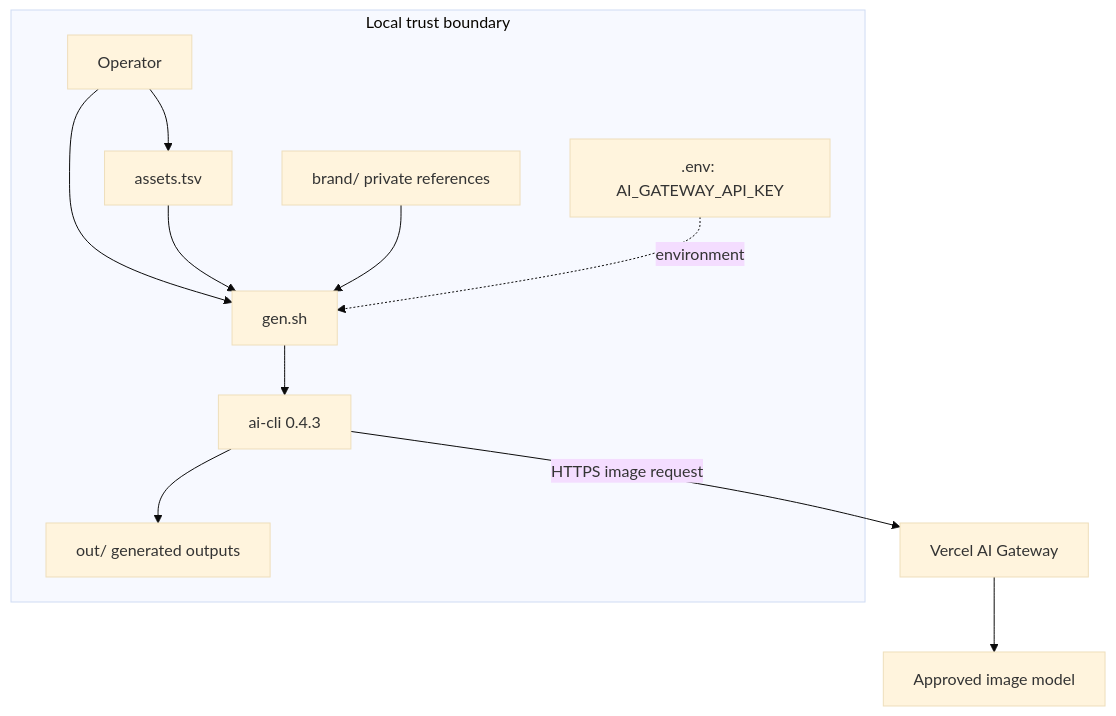
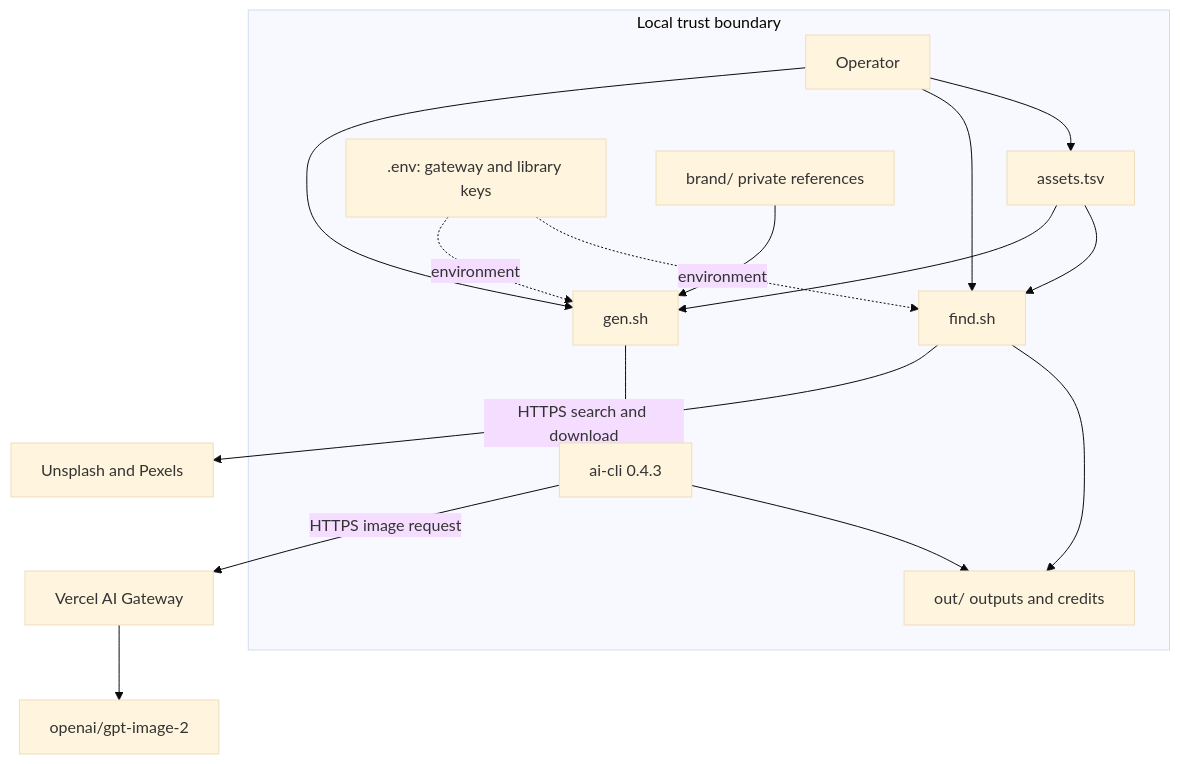
Before and after one commit to VortiMedia/asset-foundry: the first of 3 diagrams in docs/architecture.md, drawn with Mermaid (base theme). The commit also changed other lines of this file and 12 other files, not shown here.

````diff
--- a/docs/architecture.md
+++ b/docs/architecture.md
@@ -19,21 +21,27 @@
 ```mermaid
 flowchart TB
     subgraph Local[Local trust boundary]
         O[Operator]
         M[assets.tsv]
         S[gen.sh]
         C[ai-cli 0.4.3]
-        K[.env: AI_GATEWAY_API_KEY]
+        F[find.sh]
+        K[.env: gateway and library keys]
         R[brand/ private references]
-        U[out/ generated outputs]
+        U[out/ outputs and credits]
         O --> M
+        O --> F
         O --> S
+        M --> F
         M --> S
         R --> S
+        K -. environment .-> F
         K -. environment .-> S
+        F --> U
         S --> C
         C --> U
     end
+    F -->|HTTPS search and download| L[Unsplash and Pexels]
     C -->|HTTPS image request| G[Vercel AI Gateway]
-    G --> P[Approved image model]
+    G --> P[openai/gpt-image-2]
 ```
````
